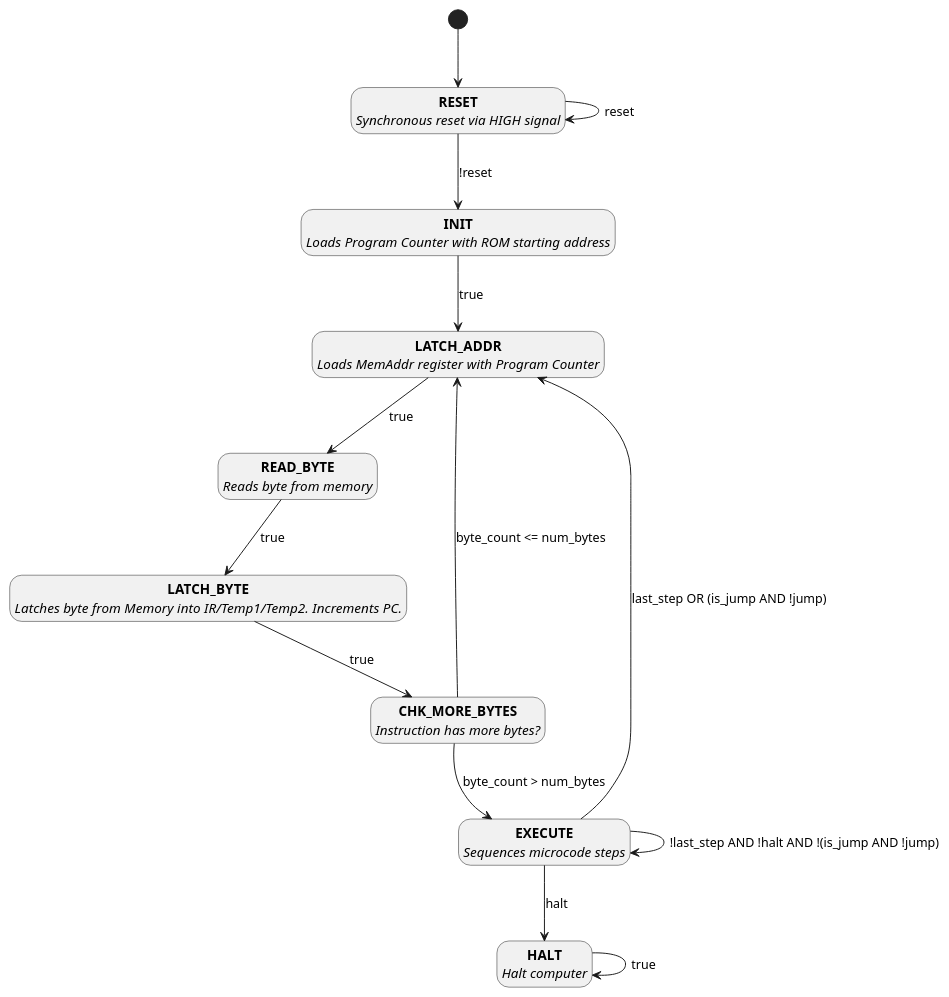
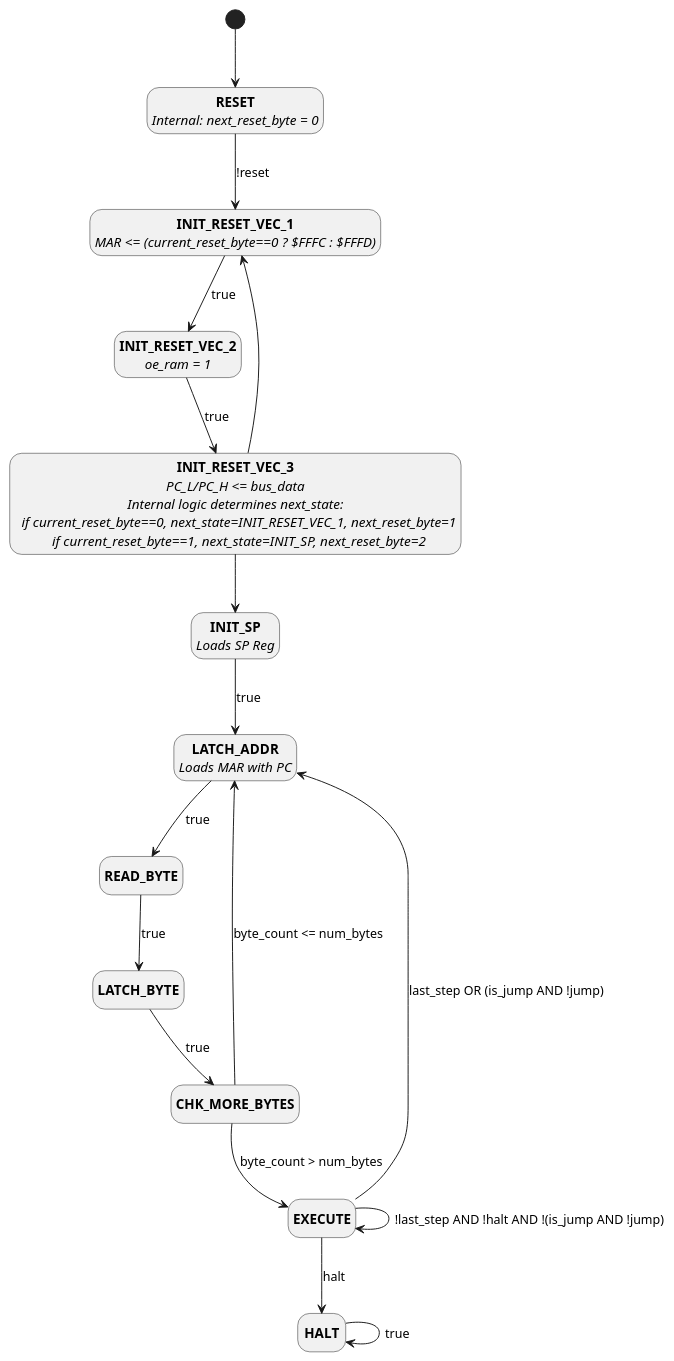
One commit to aaronsbrown/fpga_8-Bit_SAP-2.0 changed the diagram in docs/hardware/UML/FSM_CPU_multi_byte.puml. Above: the diagram before and after it, drawn with PlantUML. The commit also changed 44 other files, not shown here.

Commit message:
implement VECTOR RESET for program based definition of ROM origin;

```diff
--- a/docs/hardware/UML/FSM_CPU_multi_byte.puml
+++ b/docs/hardware/UML/FSM_CPU_multi_byte.puml
@@ -1,28 +1,32 @@
 @startuml
 hide empty description
-
 [*] --> RESET
 
-state "<b>RESET</b>\n<i>Synchronous reset via HIGH signal</i>" as RESET
-state "<b>INIT</b>\n<i>Loads Program Counter with ROM starting address</i>" as INIT
-state "<b>LATCH_ADDR</b>\n<i>Loads MemAddr register with Program Counter</i>" as LATCH_ADDR
-state "<b>READ_BYTE</b>\n<i>Reads byte from memory</i>" as READ_BYTE
-state "<b>LATCH_BYTE</b>\n<i>Latches byte from Memory into IR/Temp1/Temp2. Increments PC.</i>" as LATCH_BYTE
-state "<b>CHK_MORE_BYTES</b>\n<i>Instruction has more bytes?</i>" as CHK_MORE_BYTES
-state "<b>EXECUTE</b>\n<i>Sequences microcode steps</i>" as EXECUTE
-state "<b>HALT</b>\n<i>Halt computer</i>" as HALT
+state "<b>RESET</b>\n<i>Internal: next_reset_byte = 0</i>" as RESET
+state "<b>INIT_SP</b>\n<i>Loads SP Reg</i>" as INIT_SP
+state "<b>INIT_RESET_VEC_1</b>\n<i>MAR <= (current_reset_byte==0 ? $FFFC : $FFFD)</i>" as INIT_RESET_VEC_1
+state "<b>INIT_RESET_VEC_2</b>\n<i>oe_ram = 1</i>" as INIT_RESET_VEC_2
+state "<b>INIT_RESET_VEC_3</b>\n<i>PC_L/PC_H <= bus_data</i>\n<i>Internal logic determines next_state:</i>\n  <i>if current_reset_byte==0, next_state=INIT_RESET_VEC_1, next_reset_byte=1</i>\n  <i>if current_reset_byte==1, next_state=INIT_SP, next_reset_byte=2</i>" as INIT_RESET_VEC_3
+state "<b>LATCH_ADDR</b>\n<i>Loads MAR with PC</i>" as LATCH_ADDR
+state "<b>READ_BYTE</b>" as READ_BYTE
+state "<b>LATCH_BYTE</b>" as LATCH_BYTE
+state "<b>CHK_MORE_BYTES</b>" as CHK_MORE_BYTES
+state "<b>EXECUTE</b>" as EXECUTE
+state "<b>HALT</b>" as HALT
 
-RESET       --> RESET : reset
-RESET       --> INIT : !reset
-INIT        --> LATCH_ADDR : true
+RESET            --> INIT_RESET_VEC_1 : !reset
+INIT_RESET_VEC_1 --> INIT_RESET_VEC_2 : true
+INIT_RESET_VEC_2 --> INIT_RESET_VEC_3 : true
+INIT_RESET_VEC_3 --> INIT_RESET_VEC_1  
+INIT_RESET_VEC_3 --> INIT_SP         
+INIT_SP          --> LATCH_ADDR : true
 LATCH_ADDR  --> READ_BYTE : true
 READ_BYTE   --> LATCH_BYTE : true
 LATCH_BYTE  --> CHK_MORE_BYTES : true
 CHK_MORE_BYTES --> LATCH_ADDR : byte_count <= num_bytes
-CHK_MORE_BYTES --> EXECUTE : byte_count > num_bytes 
+CHK_MORE_BYTES --> EXECUTE : byte_count > num_bytes
 EXECUTE --> EXECUTE : !last_step AND !halt AND !(is_jump AND !jump)
 EXECUTE --> LATCH_ADDR : last_step OR (is_jump AND !jump)
 EXECUTE --> HALT : halt
 HALT --> HALT : true
-
 @enduml
```
